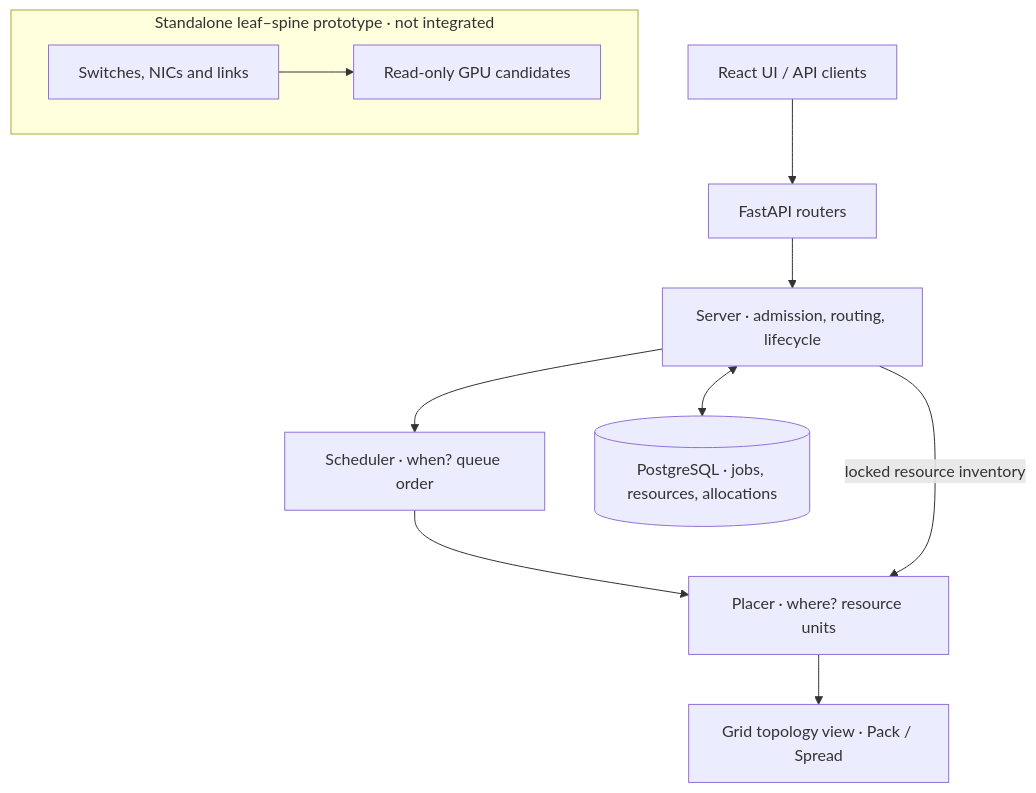
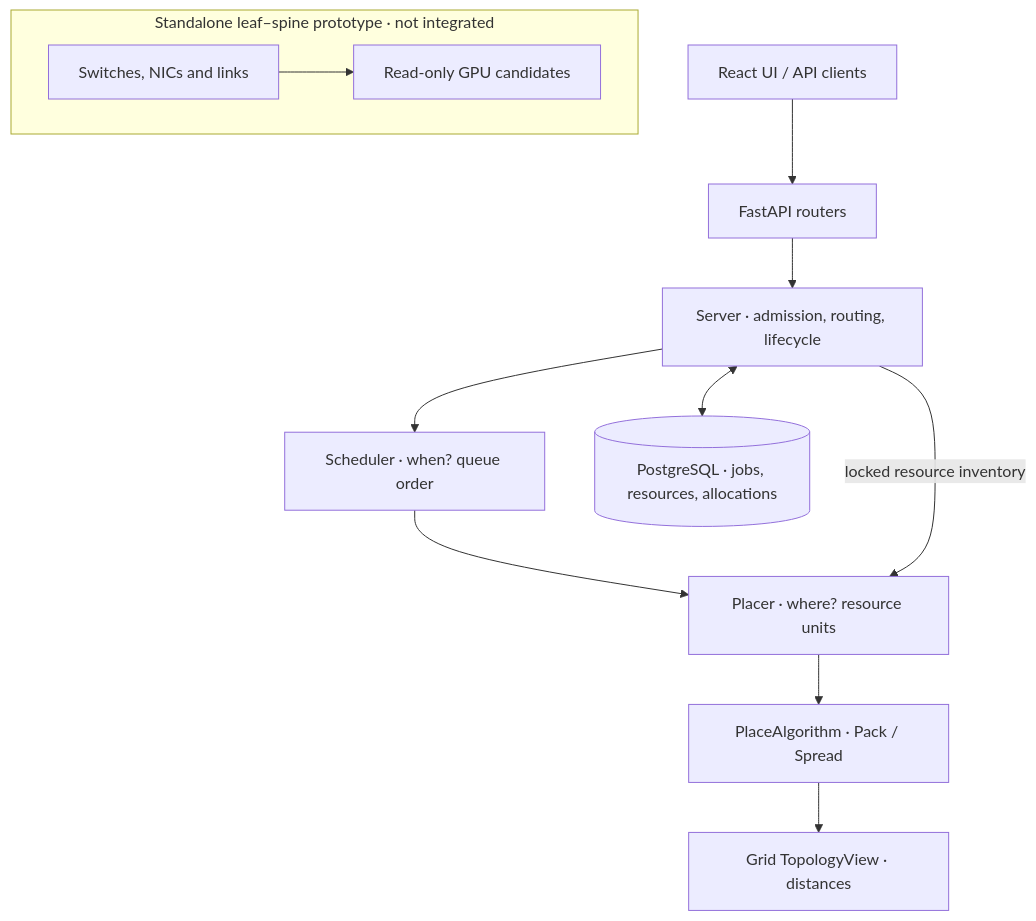
One commit to labo-man002/job-scheduler changed the diagram in README.md. Above: the diagram before and after it, drawn with Mermaid. The commit also changed other lines of this file, not shown here.

Commit message:
docs: separate placement policy from topology view and flag historical ERD

````diff
--- a/README.md
+++ b/README.md
@@ -50,14 +50,15 @@
 ```mermaid
 flowchart TD
     UI["React UI / API clients"] --> R["FastAPI routers"]
     R --> S["Server · admission, routing, lifecycle"]
     S --> Q["Scheduler · when? queue order"]
     Q --> P["Placer · where? resource units"]
-    P --> T["Grid topology view · Pack / Spread"]
+    P --> POLICY["PlaceAlgorithm · Pack / Spread"]
+    POLICY --> T["Grid TopologyView · distances"]
     S <--> DB[("PostgreSQL · jobs, resources, allocations")]
     S -- "locked resource inventory" --> P
 
     subgraph F["Standalone leaf–spine prototype · not integrated"]
         LS["Switches, NICs and links"] --> CF["Read-only GPU candidates"]
     end
 ```
````
